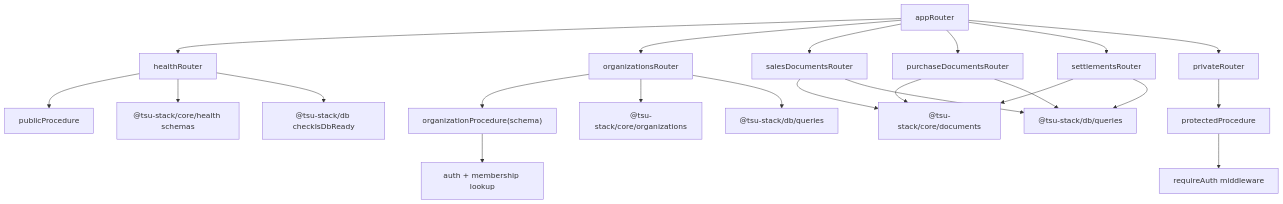
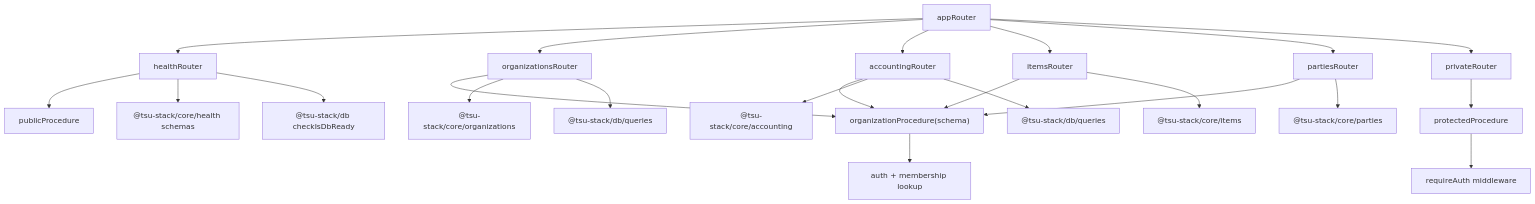
One commit to isherbuilds/edernal-books changed the first of 3 diagrams in packages/api/ARCHITECTURE.md. Above: the diagram before and after it, drawn with Mermaid. The commit also changed other lines of this file and 13 other files, not shown here.

````diff
--- a/packages/api/ARCHITECTURE.md
+++ b/packages/api/ARCHITECTURE.md
@@ -9,24 +9,25 @@
 ```mermaid
 flowchart TD
   AppRouter["appRouter"] --> Health["healthRouter"]
   AppRouter --> Organizations["organizationsRouter"]
-  AppRouter --> SalesDocuments["salesDocumentsRouter"]
-  AppRouter --> PurchaseDocuments["purchaseDocumentsRouter"]
-  AppRouter --> Settlements["settlementsRouter"]
+  AppRouter --> Accounting["accountingRouter"]
+  AppRouter --> Items["itemsRouter"]
+  AppRouter --> Parties["partiesRouter"]
   AppRouter --> Private["privateRouter"]
   Health --> Public["publicProcedure"]
   Private --> Protected["protectedProcedure"]
   Organizations --> OrgProcedure["organizationProcedure(schema)"]
+  Accounting --> OrgProcedure
+  Items --> OrgProcedure
+  Parties --> OrgProcedure
   Protected --> AuthMiddleware["requireAuth middleware"]
   OrgProcedure --> Membership["auth + membership lookup"]
   Health --> HealthCore["@tsu-stack/core/health schemas"]
   Health --> DBReady["@tsu-stack/db checkIsDbReady"]
   Organizations --> OrgCore["@tsu-stack/core/organizations"]
   Organizations --> OrgQueries["@tsu-stack/db/queries"]
-  SalesDocuments --> DocumentCore["@tsu-stack/core/documents"]
-  PurchaseDocuments --> DocumentCore
-  Settlements --> DocumentCore
-  SalesDocuments --> DocumentQueries["@tsu-stack/db/queries"]
-  PurchaseDocuments --> DocumentQueries
-  Settlements --> DocumentQueries
+  Accounting --> AccountingCore["@tsu-stack/core/accounting"]
+  Accounting --> DBQueries["@tsu-stack/db/queries"]
+  Items --> ItemCore["@tsu-stack/core/items"]
+  Parties --> PartyCore["@tsu-stack/core/parties"]
 ```
````
